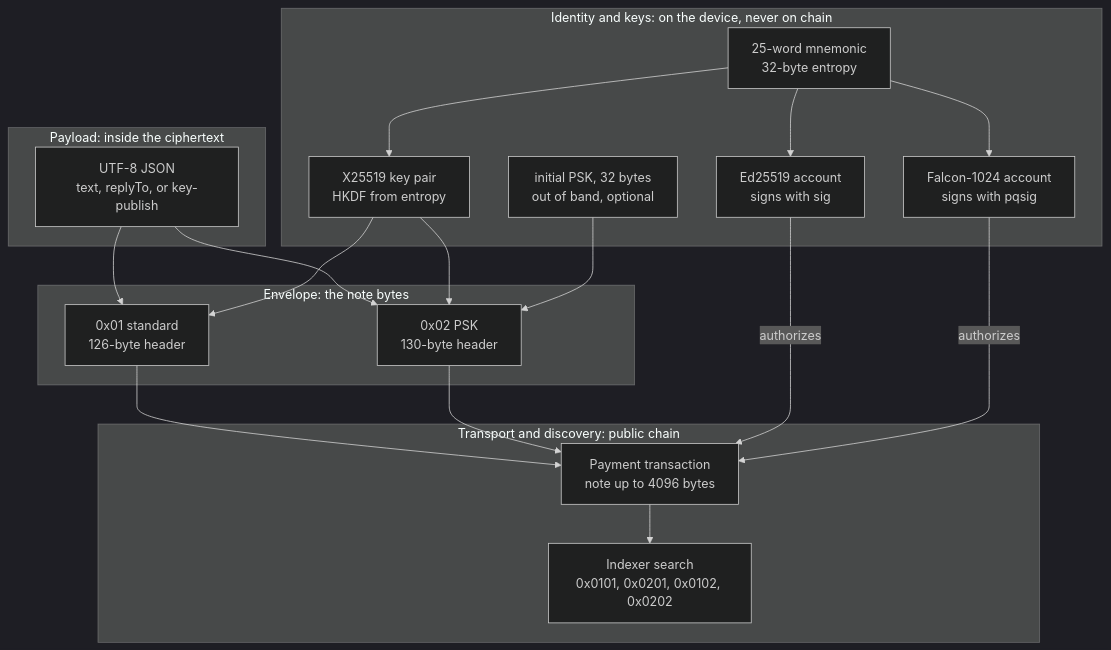
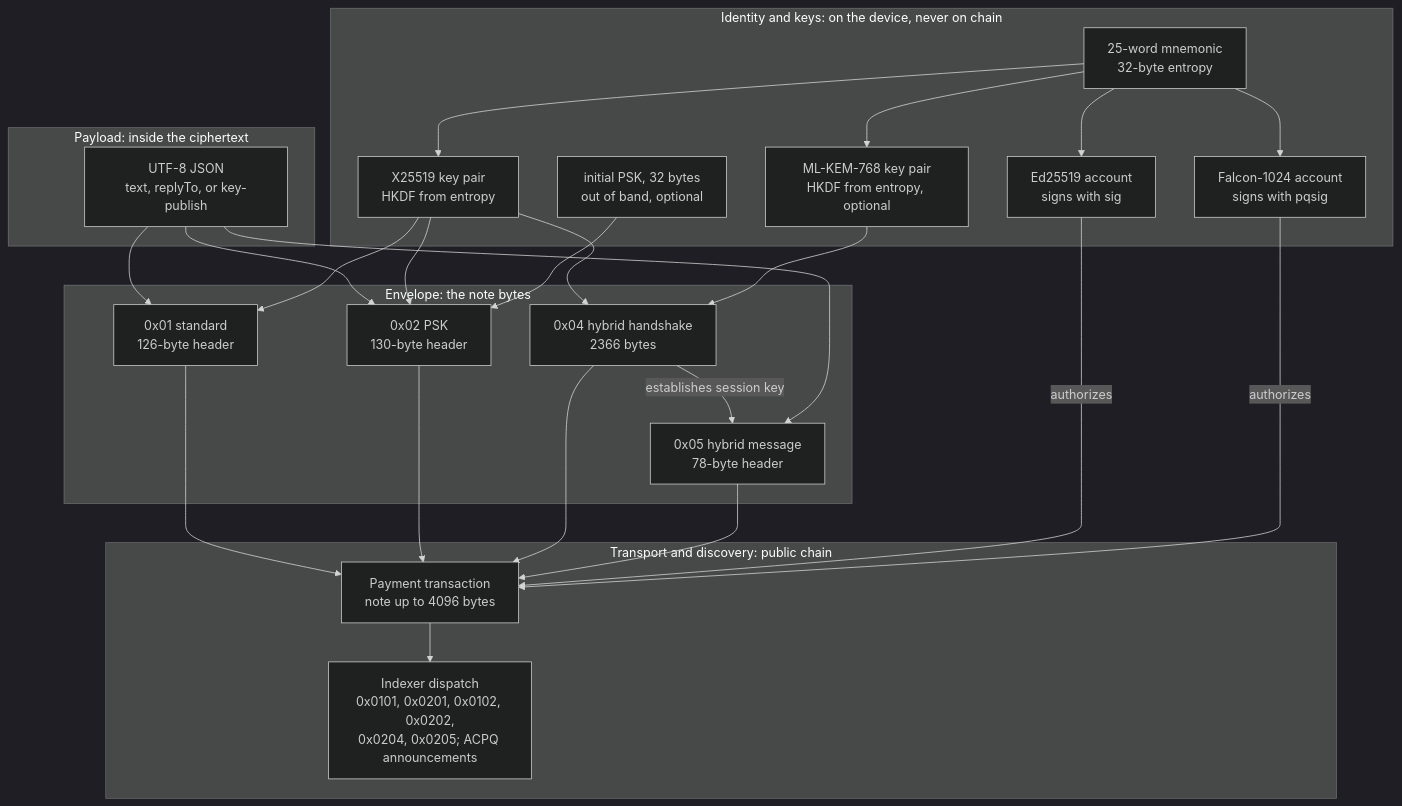
The third of 15 diagrams in docs/HLD.md (CorvidLabs/algochat), drawn with Mermaid (dark theme) before and after one commit. The commit also changed other lines of this file and 116 other files, not shown here.

````diff
--- a/docs/HLD.md
+++ b/docs/HLD.md
@@ -96,34 +96,44 @@
 ```mermaid
 flowchart TB
     subgraph L1["Identity and keys: on the device, never on chain"]
         MN["25-word mnemonic<br/>32-byte entropy"]
         XK["X25519 key pair<br/>HKDF from entropy"]
         ED["Ed25519 account<br/>signs with sig"]
         FA["Falcon-1024 account<br/>signs with pqsig"]
         PSK["initial PSK, 32 bytes<br/>out of band, optional"]
+        MK["ML-KEM-768 key pair<br/>HKDF from entropy, optional"]
     end
     subgraph L2["Payload: inside the ciphertext"]
         PL["UTF-8 JSON<br/>text, replyTo, or key-publish"]
     end
     subgraph L3["Envelope: the note bytes"]
         E1["0x01 standard<br/>126-byte header"]
         E2["0x02 PSK<br/>130-byte header"]
+        E4["0x04 hybrid handshake<br/>2366 bytes"]
+        E5["0x05 hybrid message<br/>78-byte header"]
     end
     subgraph L4["Transport and discovery: public chain"]
         TX["Payment transaction<br/>note up to 4096 bytes"]
-        DISC["Indexer search<br/>0x0101, 0x0201, 0x0102, 0x0202"]
+        DISC["Indexer dispatch<br/>0x0101, 0x0201, 0x0102, 0x0202,<br/>0x0204, 0x0205; ACPQ announcements"]
     end
     MN --> XK
     MN --> ED
     MN --> FA
+    MN --> MK
     PL --> E1
     PL --> E2
     XK --> E1
     XK --> E2
     PSK --> E2
     E1 --> TX
     E2 --> TX
+    XK --> E4
+    MK --> E4
+    E4 -- "establishes session key" --> E5
+    PL --> E5
+    E4 --> TX
+    E5 --> TX
     ED -- "authorizes" --> TX
     FA -- "authorizes" --> TX
     TX --> DISC
 ```
````
